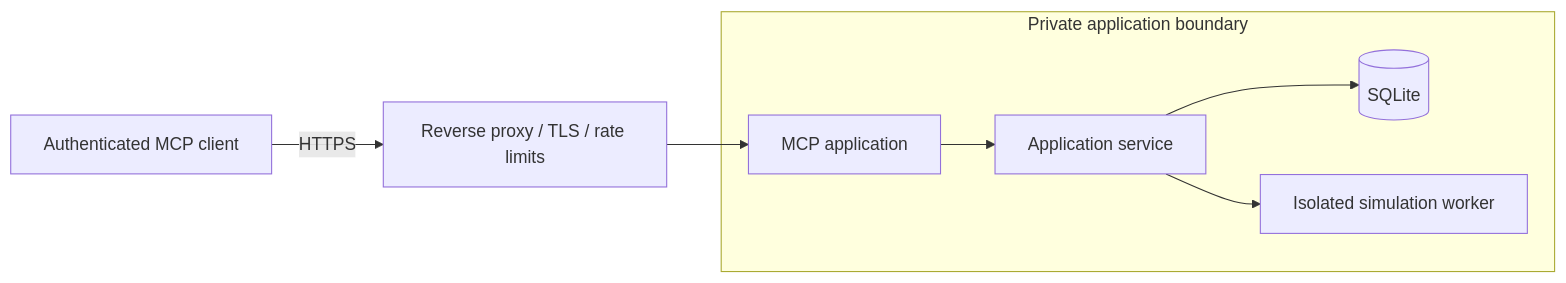
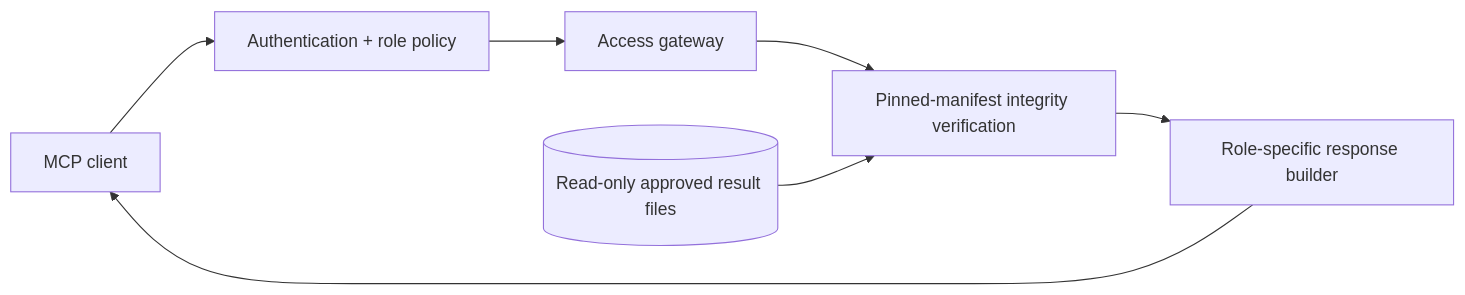
Before and after one commit to userifw/fightex-economic-simulation-architecture: the second of 2 diagrams in README.md, drawn with Mermaid. The commit also changed other lines of this file, not shown here.

Commit message:
docs: refresh public FIGHTEX architecture overview for approved-results MCP

````diff
--- a/README.md
+++ b/README.md
@@ -89,10 +35,9 @@
 ```mermaid
 flowchart LR
-    CLIENT["Authenticated MCP client"] -->|HTTPS| PROXY["Reverse proxy / TLS / rate limits"]
-    PROXY --> MCP["MCP application"]
-    subgraph PRIVATE["Private application boundary"]
-        MCP --> SVC["Application service"]
-        SVC --> DB[("SQLite")]
-        SVC --> ENGINE["Isolated simulation worker"]
-    end
+  CLIENT["MCP client"] --> AUTH["Authentication + role policy"]
+  AUTH --> GATE["Access gateway"]
+  GATE --> VERIFY["Pinned-manifest integrity verification"]
+  FILES[("Read-only approved result files")] --> VERIFY
+  VERIFY --> VIEW["Role-specific response builder"]
+  VIEW --> CLIENT
 ```
````
